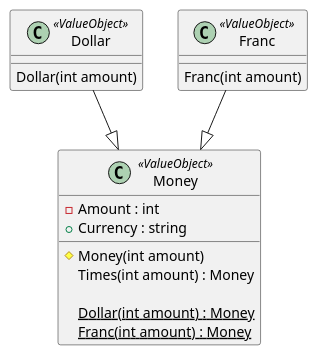
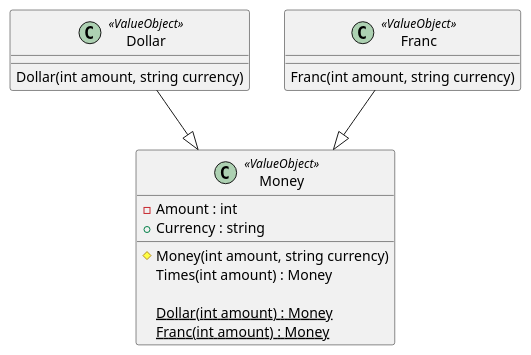
Before and after one commit to RicardoGuzmanVelasco/KentBeck.TDDByExample: the diagram in Documentation/Classes.puml, drawn with PlantUML. The commit also changed 2 other files, not shown here.

Commit message:
10 | Currency codes | Documentation

```diff
--- a/Documentation/Classes.puml
+++ b/Documentation/Classes.puml
@@ -1,24 +1,24 @@
 @startuml
 class Dollar <<ValueObject>>
 {
-    Dollar(int amount)
+    Dollar(int amount, string currency)
 }
 
 class Franc <<ValueObject>>
 {
-    Franc(int amount)
+    Franc(int amount, string currency)
 }
 
 class Money <<ValueObject>>
 {
     -Amount : int
     +Currency : string
-    #Money(int amount)
+    #Money(int amount, string currency)
     Times(int amount) : Money
     
     {static} Dollar(int amount) : Money
     {static} Franc(int amount) : Money
 }
 Dollar --|> Money
 Franc --|> Money
 @enduml
```
